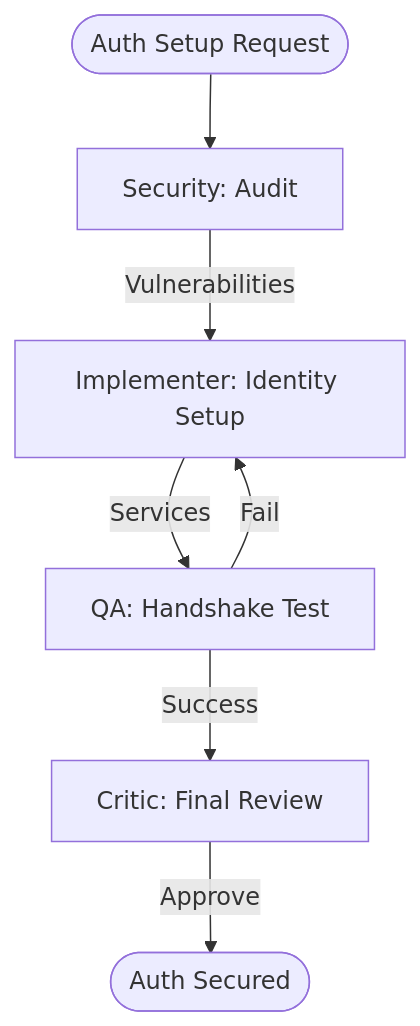
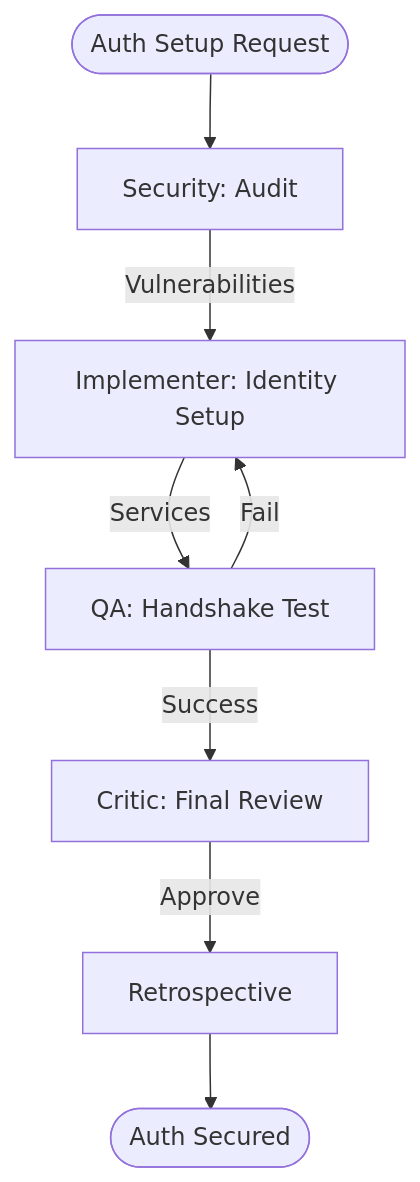
One commit to seanspiesman/Agents-and-Workflows changed the diagram in custom-agents/workflows/arcgis/GeoAuth.workflow.md. Above: the diagram before and after it, drawn with Mermaid. The commit also changed other lines of this file and 38 other files, not shown here.

````diff
--- a/custom-agents/workflows/arcgis/GeoAuth.workflow.md
+++ b/custom-agents/workflows/arcgis/GeoAuth.workflow.md
@@ -58,9 +66,10 @@
 ```mermaid
 flowchart TD
     Start([Auth Setup Request]) --> P1[Security: Audit]
     P1 -->|Vulnerabilities| P2[Implementer: Identity Setup]
     P2 -->|Services| P3[QA: Handshake Test]
     P3 -->|Success| P4[Critic: Final Review]
     P3 -->|Fail| P2
-    P4 -->|Approve| End([Auth Secured])
+    P4 -->|Approve| P5[Retrospective]
+    P5 --> End([Auth Secured])
 ```
````
